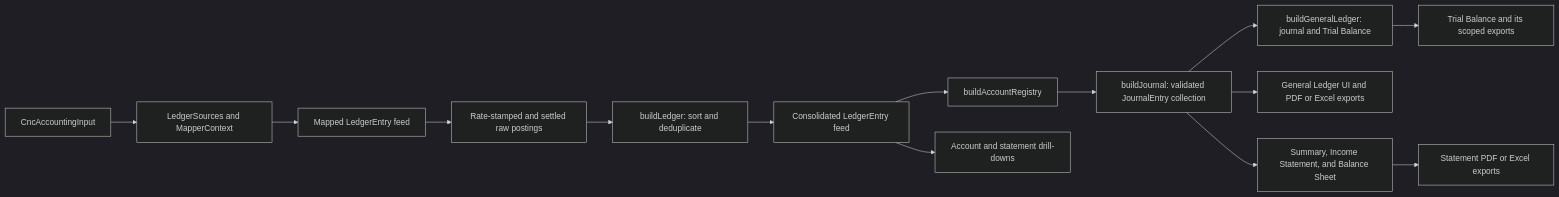
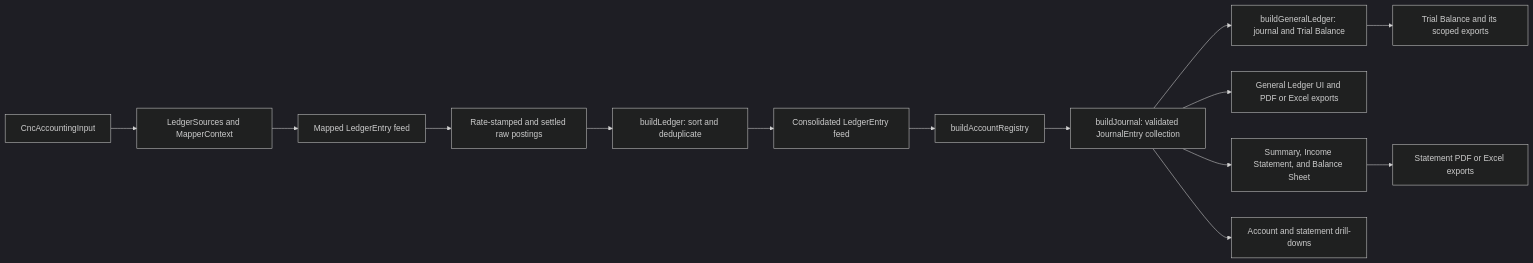
The second of 5 diagrams in docs/implementation/accounting-read-model/README.md (globe-and-citizen/cnc-portal), drawn with Mermaid (dark theme) before and after one commit. The commit also changed other lines of this file and 1 other file, not shown here.

Commit message:
docs: 📝 document JournalEntry drill-down projections

````diff
--- a/docs/implementation/accounting-read-model/README.md
+++ b/docs/implementation/accounting-read-model/README.md
@@ -48,16 +48,16 @@
 ```mermaid
 flowchart LR
     input[CncAccountingInput] --> context[LedgerSources and MapperContext]
     context --> mapped[Mapped LedgerEntry feed]
     mapped --> raw[Rate-stamped and settled raw postings]
     raw --> ledger[buildLedger: sort and deduplicate]
     ledger --> entries[Consolidated LedgerEntry feed]
     entries --> registry[buildAccountRegistry]
     registry --> journal[buildJournal: validated JournalEntry collection]
     journal --> trial[buildGeneralLedger: journal and Trial Balance]
     journal --> generalLedgerUi[General Ledger UI and PDF or Excel exports]
     journal --> statements[Summary, Income Statement, and Balance Sheet]
     statements --> statementExports[Statement PDF or Excel exports]
-    entries --> drilldowns[Account and statement drill-downs]
+    journal --> drilldowns[Account and statement drill-downs]
     trial --> trialCard[Trial Balance and its scoped exports]
 ```
````
